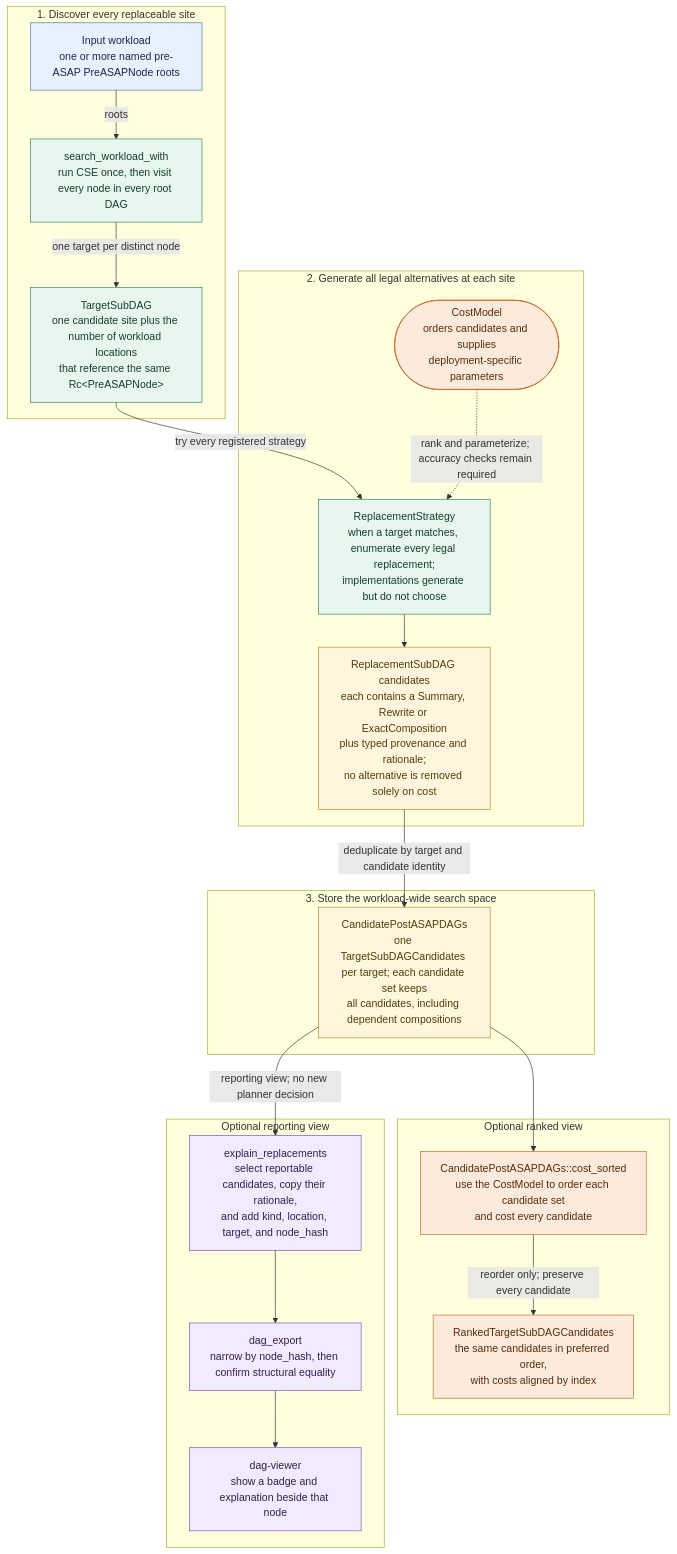
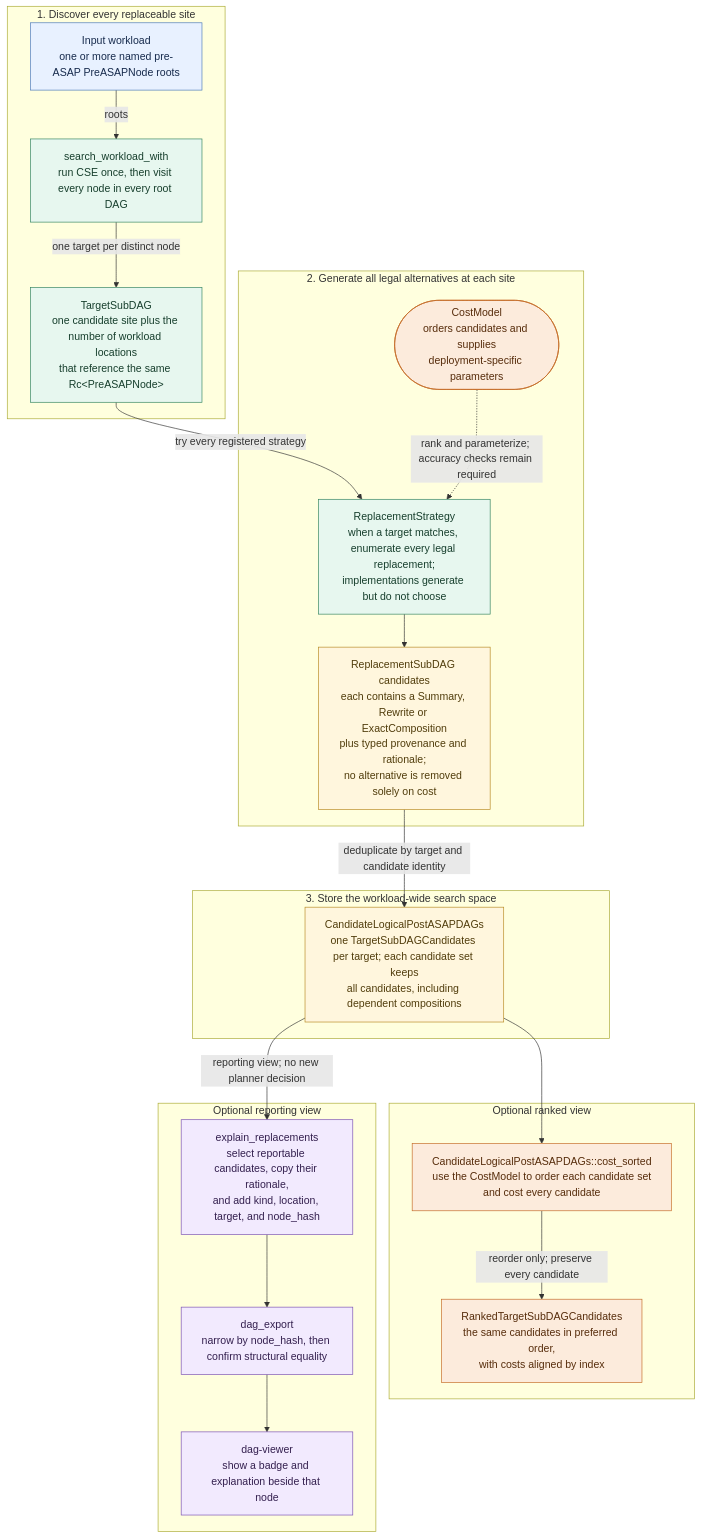
The first of 2 diagrams in docs/develop_docs/asap-aware-mapping-architecture.md (ProjectASAP/ASAPPlanner), drawn with Mermaid before and after one commit. The commit also changed other lines of this file and 71 other files, not shown here.

````diff
--- a/docs/develop_docs/asap-aware-mapping-architecture.md
+++ b/docs/develop_docs/asap-aware-mapping-architecture.md
@@ -80,41 +80,41 @@
 ```mermaid
 flowchart TB
   classDef input fill:#e8f1ff,stroke:#4b78b8,color:#172b4d
   classDef generate fill:#e7f7ef,stroke:#31835e,color:#173f2d
   classDef store fill:#fff6dd,stroke:#b78922,color:#513d0c
   classDef choose fill:#fcebdc,stroke:#c46a25,color:#572d0c
   classDef report fill:#f2eafe,stroke:#7950b3,color:#34204f
 
   subgraph DISCOVERY[1. Discover every replaceable site]
     WL["Input workload<br/>one or more named pre-ASAP PreASAPNode roots"]:::input
     SEARCH["search_workload_with<br/>run CSE once, then visit every node in every root DAG"]:::generate
     TARGET["TargetSubDAG<br/>one candidate site plus the number of workload locations<br/>that reference the same Rc&lt;PreASAPNode&gt;"]:::generate
     WL -->|"roots"| SEARCH -->|"one target per distinct node"| TARGET
   end
 
   subgraph GENERATION[2. Generate all legal alternatives at each site]
     STRATEGY["ReplacementStrategy<br/>when a target matches, enumerate every legal replacement;<br/>implementations generate but do not choose"]:::generate
     CAND["ReplacementSubDAG candidates<br/>each contains a Summary, Rewrite or ExactComposition<br/>plus typed provenance and rationale;<br/>no alternative is removed solely on cost"]:::store
     TARGET -->|"try every registered strategy"| STRATEGY --> CAND
     CM(["CostModel<br/>orders candidates and supplies<br/>deployment-specific parameters"]):::choose
     CM -. "rank and parameterize; accuracy checks remain required" .-> STRATEGY
   end
 
   subgraph SEARCHSPACE[3. Store the workload-wide search space]
-    SPACE["CandidatePostASAPDAGs<br/>one TargetSubDAGCandidates per target; each candidate set keeps<br/>all candidates, including dependent compositions"]:::store
+    SPACE["CandidateLogicalPostASAPDAGs<br/>one TargetSubDAGCandidates per target; each candidate set keeps<br/>all candidates, including dependent compositions"]:::store
     CAND -->|"deduplicate by target and candidate identity"| SPACE
   end
 
   subgraph RANKING[Optional ranked view]
-    SORT["CandidatePostASAPDAGs::cost_sorted<br/>use the CostModel to order each candidate set<br/>and cost every candidate"]:::choose
+    SORT["CandidateLogicalPostASAPDAGs::cost_sorted<br/>use the CostModel to order each candidate set<br/>and cost every candidate"]:::choose
     RANKED["RankedTargetSubDAGCandidates<br/>the same candidates in preferred order,<br/>with costs aligned by index"]:::choose
     SPACE --> SORT -->|"reorder only; preserve every candidate"| RANKED
   end
 
   subgraph REPORTING[Optional reporting view]
     EXPLAIN["explain_replacements<br/>select reportable candidates, copy their rationale,<br/>and add kind, location, target, and node_hash"]:::report
     EXPORT["dag_export<br/>narrow by node_hash, then confirm structural equality"]:::report
     VIEWER["dag-viewer<br/>show a badge and explanation beside that node"]:::report
     SPACE -->|"reporting view; no new planner decision"| EXPLAIN --> EXPORT --> VIEWER
   end
 ```
````
